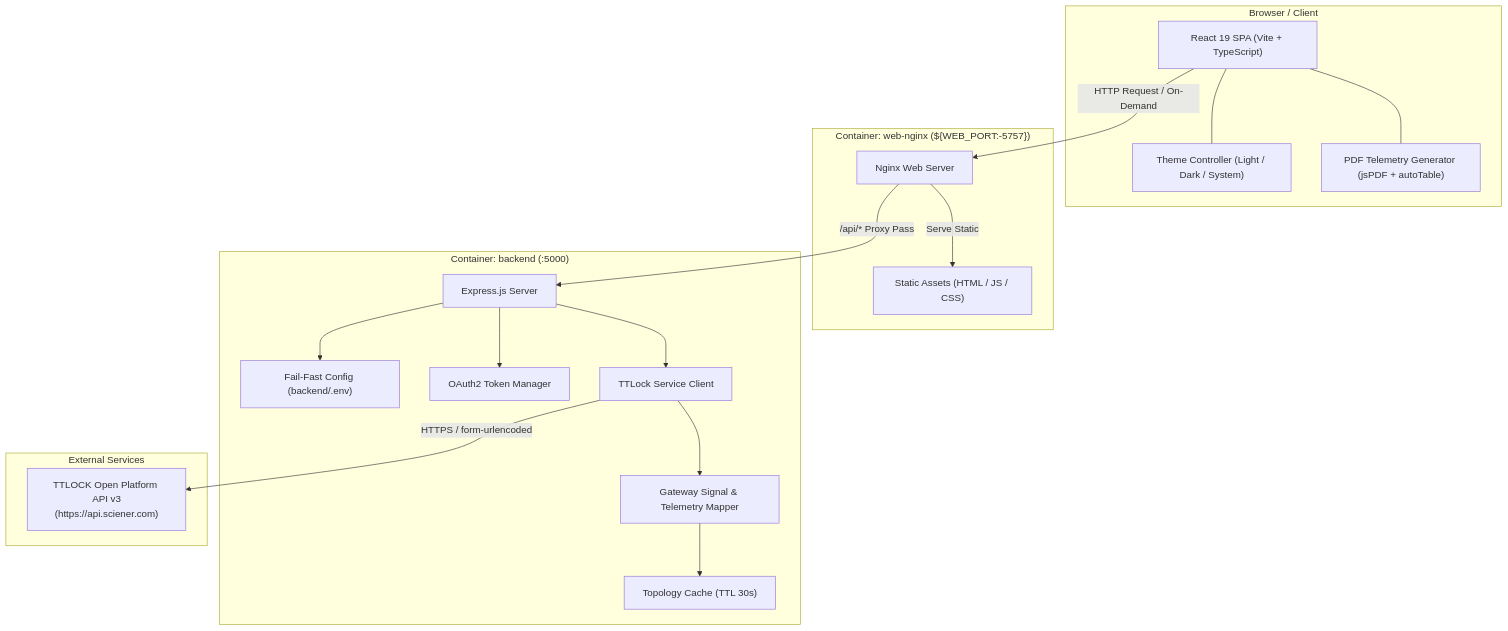
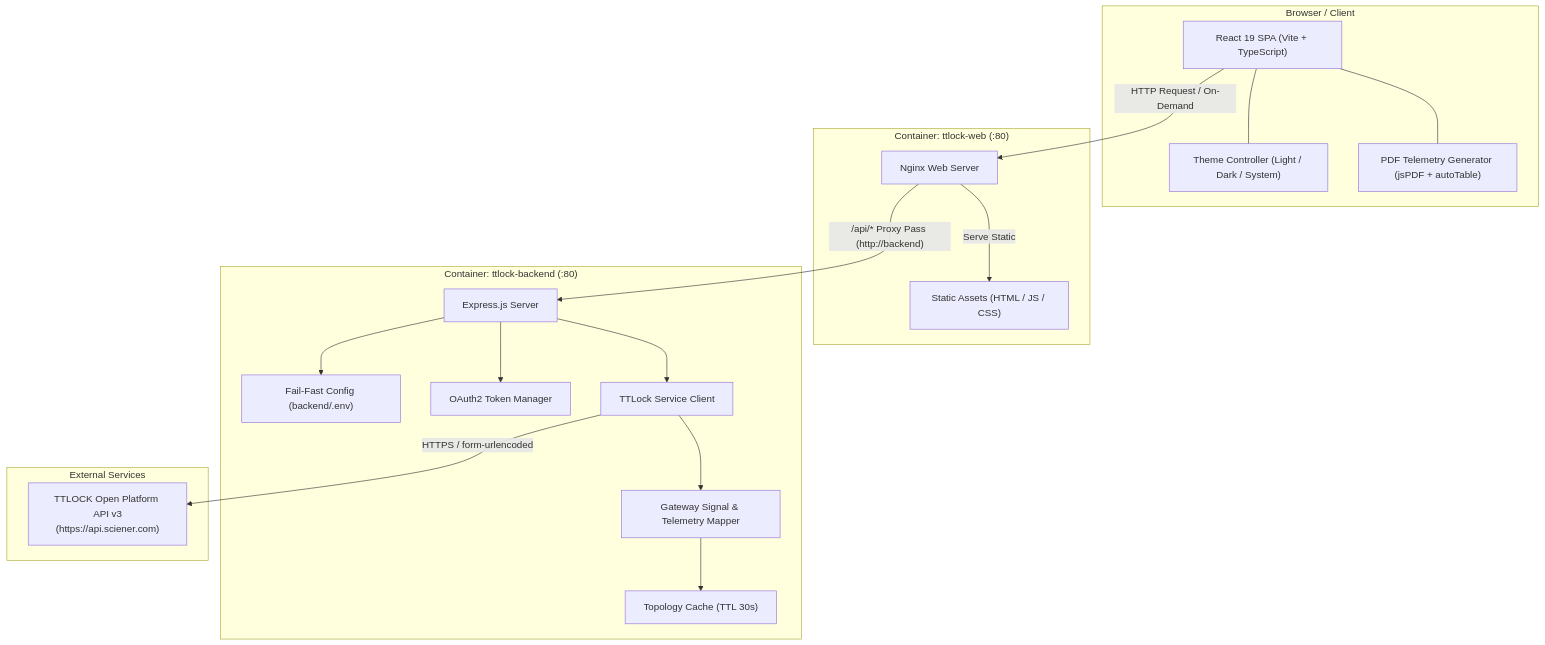
The first of 11 diagrams in docs/ARCHITECTURE.md (helmipradita/ttlock-dashboard), drawn with Mermaid before and after one commit. The commit also changed other lines of this file and 22 other files, not shown here.

Commit message:
refactor: standardize container monorepo architecture and simplify compose networking

````diff
--- a/docs/ARCHITECTURE.md
+++ b/docs/ARCHITECTURE.md
@@ -11,39 +11,39 @@
 ```mermaid
 graph TB
     subgraph Client["Browser / Client"]
         SPA["React 19 SPA (Vite + TypeScript)"]
         ThemeCtrl["Theme Controller (Light / Dark / System)"]
         PdfGen["PDF Telemetry Generator (jsPDF + autoTable)"]
         SPA --- ThemeCtrl
         SPA --- PdfGen
     end
 
-    subgraph ContainerProxy["Container: web-nginx (${WEB_PORT:-5757})"]
+    subgraph ContainerProxy["Container: ttlock-web (:80)"]
         NginxProxy["Nginx Web Server"]
         StaticDist["Static Assets (HTML / JS / CSS)"]
         NginxProxy -->|"Serve Static"| StaticDist
     end
 
-    subgraph ContainerBackend["Container: backend (:5000)"]
+    subgraph ContainerBackend["Container: ttlock-backend (:80)"]
         ExpressApp["Express.js Server"]
         ConfigFailFast["Fail-Fast Config (backend/.env)"]
         AuthService["OAuth2 Token Manager"]
         LockService["TTLock Service Client"]
         SignalMapper["Gateway Signal & Telemetry Mapper"]
         TopoCache["Topology Cache (TTL 30s)"]
 
         ExpressApp --> ConfigFailFast
         ExpressApp --> AuthService
         ExpressApp --> LockService
         LockService --> SignalMapper
         SignalMapper --> TopoCache
     end
 
     subgraph External["External Services"]
         TTLockCloud["TTLOCK Open Platform API v3<br/>(https://api.sciener.com)"]
     end
 
     SPA -->|"HTTP Request / On-Demand"| NginxProxy
-    NginxProxy -->|"/api/* Proxy Pass"| ExpressApp
+    NginxProxy -->|"/api/* Proxy Pass (http://backend)"| ExpressApp
     LockService -->|"HTTPS / form-urlencoded"| TTLockCloud
 ```
````
